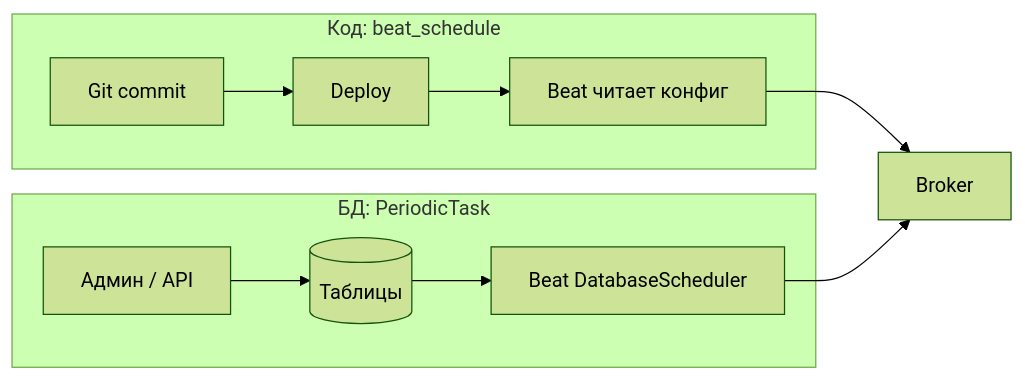
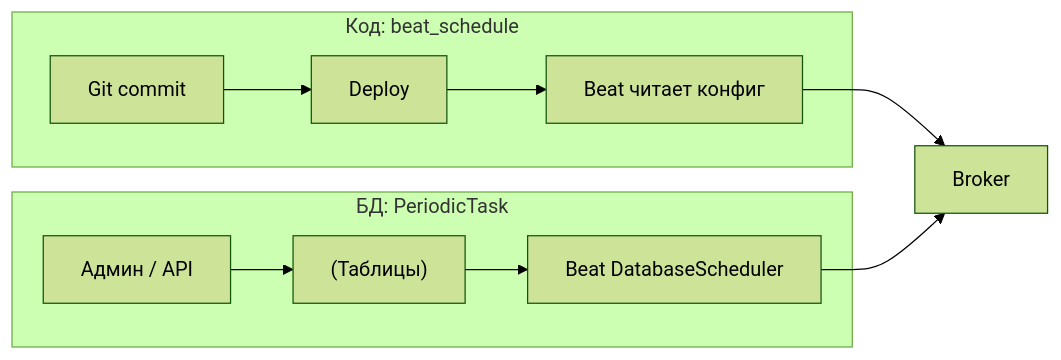
One commit to DDoSKudya/ai-study-atlas changed the first of 2 diagrams in directions/services/celery/pact/11_scheduling_i_periodicheskie_zadachi/17_11_11_6_dinamicheskie_raspisaniya_i_django_celery_beat.md. Above: the diagram before and after it, drawn with Mermaid (forest theme). The commit also changed 322 other files, not shown here.

Commit message:
fix(docs): make mermaid diagrams GitHub-compatible across directions content

````diff
--- a/directions/services/celery/pact/11_scheduling_i_periodicheskie_zadachi/17_11_11_6_dinamicheskie_raspisaniya_i_django_celery_beat.md
+++ b/directions/services/celery/pact/11_scheduling_i_periodicheskie_zadachi/17_11_11_6_dinamicheskie_raspisaniya_i_django_celery_beat.md
@@ -52,13 +52,13 @@
 ```mermaid
 flowchart LR
     subgraph code["Код: beat_schedule"]
-        G[Git commit] --> D[Deploy]
-        D --> B1[Beat читает конфиг]
+        G["Git commit"] --> D["Deploy"]
+        D --> B1["Beat читает конфиг"]
     end
     subgraph db["БД: PeriodicTask"]
-        A[Админ / API] --> T[(Таблицы)]
-        T --> B2[Beat DatabaseScheduler]
+        A["Админ / API"] --> T["(Таблицы)"]
+        T --> B2["Beat DatabaseScheduler"]
     end
-    B1 --> Q[Broker]
+    B1 --> Q["Broker"]
     B2 --> Q
 ```
````
